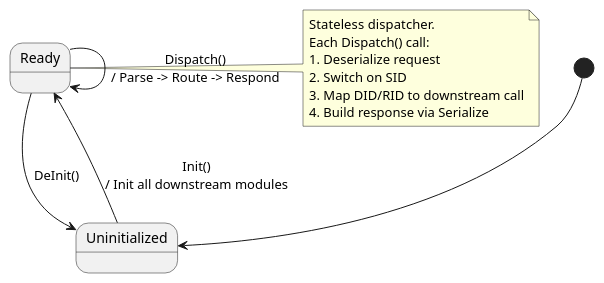
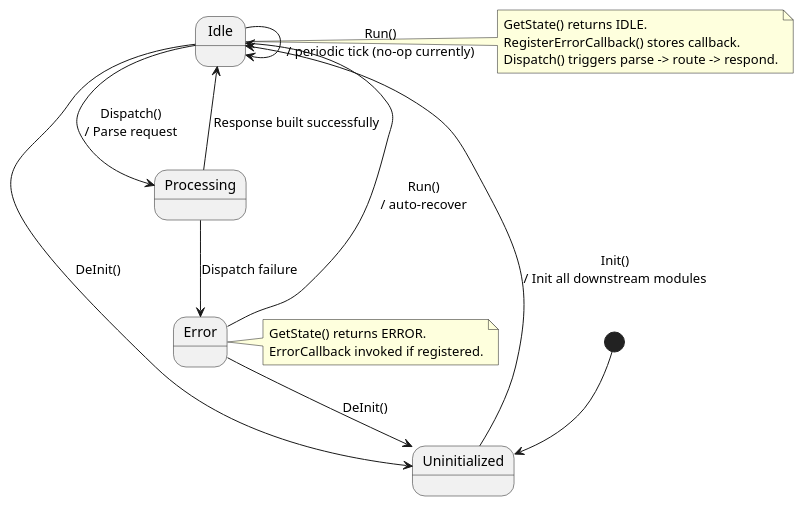
One commit to LinhTrucVo/Bico_Protocol_Bridge changed the diagram in 3_swComp/layer3Application/centralAppController/2_design/centralAppControllerStateMachine.puml. Above: the diagram before and after it, drawn with PlantUML. The commit also changed 18 other files, not shown here.

```diff
--- a/3_swComp/layer3Application/centralAppController/2_design/centralAppControllerStateMachine.puml
+++ b/3_swComp/layer3Application/centralAppController/2_design/centralAppControllerStateMachine.puml
@@ -1,20 +1,31 @@
 @startuml centralAppControllerStateMachine
 state Uninitialized
-state Ready
+state Idle
+state Processing
+state Error
 
 [*] --> Uninitialized
 
-Uninitialized --> Ready : Init()\n/ Init all downstream modules
+Uninitialized --> Idle : Init()\n/ Init all downstream modules
 
-Ready --> Ready : Dispatch()\n/ Parse -> Route -> Respond
-Ready --> Uninitialized : DeInit()
+Idle --> Processing : Dispatch()\n/ Parse request
+Processing --> Idle : Response built successfully
+Processing --> Error : Dispatch failure
 
-note right of Ready
-  Stateless dispatcher.
-  Each Dispatch() call:
-  1. Deserialize request
-  2. Switch on SID
-  3. Map DID/RID to downstream call
-  4. Build response via Serialize
+Idle --> Idle : Run()\n/ periodic tick (no-op currently)
+Error --> Idle : Run()\n/ auto-recover
+
+Idle --> Uninitialized : DeInit()
+Error --> Uninitialized : DeInit()
+
+note right of Idle
+  GetState() returns IDLE.
+  RegisterErrorCallback() stores callback.
+  Dispatch() triggers parse -> route -> respond.
+end note
+
+note right of Error
+  GetState() returns ERROR.
+  ErrorCallback invoked if registered.
 end note
 @enduml
```
